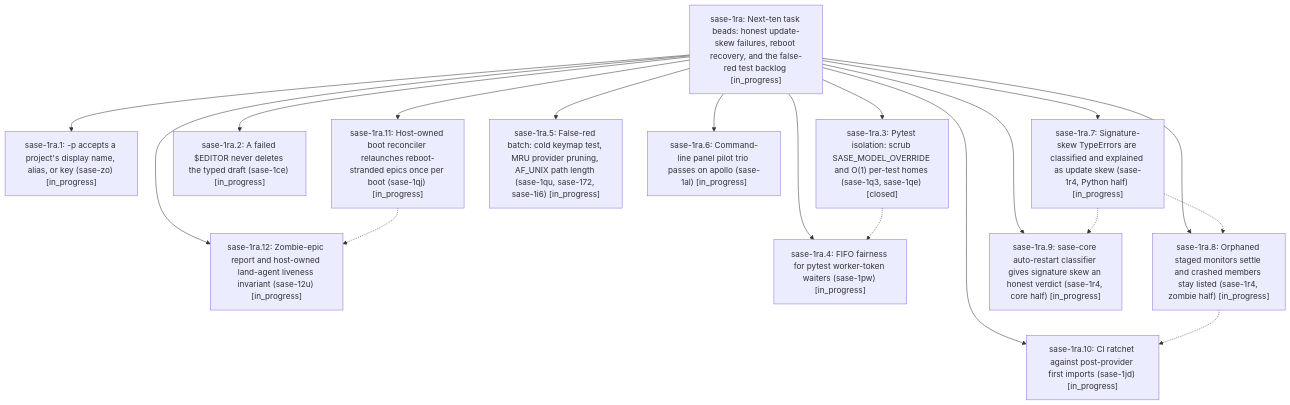
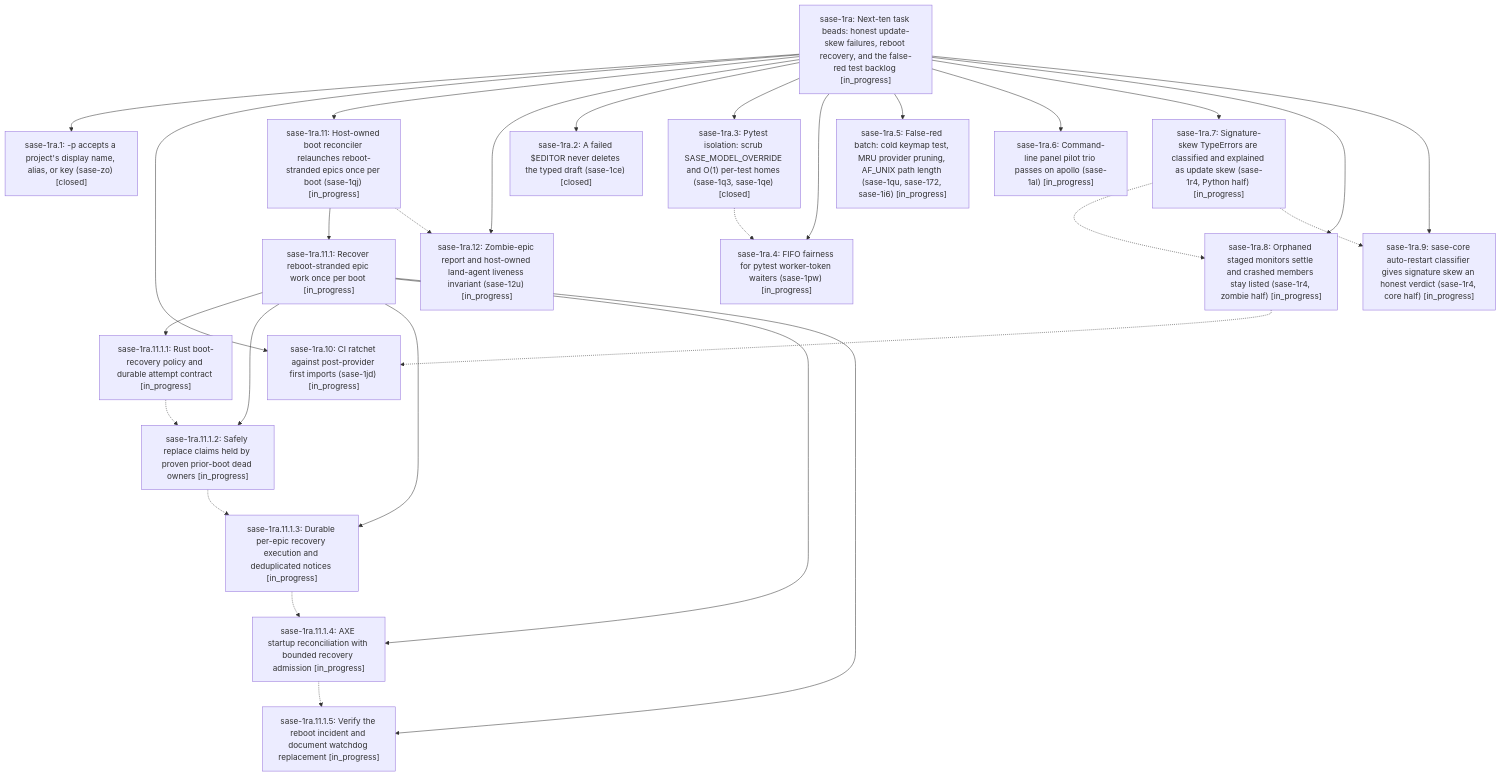
One commit to sase-org/sase--beads changed the diagram in pages/sase-1ra/README.md. Above: the diagram before and after it, drawn with Mermaid. The commit also changed other lines of this file and 12 other files, not shown here.

````diff
--- a/pages/sase-1ra/README.md
+++ b/pages/sase-1ra/README.md
@@ -33,33 +33,49 @@
 ```mermaid
 flowchart TD
     n0["sase-1ra: Next-ten task beads: honest update-skew failures, reboot recovery, and the false-red test backlog [in_progress]"]
-    n1["sase-1ra.1: -p accepts a project's display name, alias, or key (sase-zo) [in_progress]"]
+    n1["sase-1ra.1: -p accepts a project's display name, alias, or key (sase-zo) [closed]"]
     n2["sase-1ra.10: CI ratchet against post-provider first imports (sase-1jd) [in_progress]"]
     n3["sase-1ra.11: Host-owned boot reconciler relaunches reboot-stranded epics once per boot (sase-1qj) [in_progress]"]
-    n4["sase-1ra.12: Zombie-epic report and host-owned land-agent liveness invariant (sase-12u) [in_progress]"]
-    n5["sase-1ra.2: A failed $EDITOR never deletes the typed draft (sase-1ce) [in_progress]"]
-    n6["sase-1ra.3: Pytest isolation: scrub SASE_MODEL_OVERRIDE and O(1) per-test homes (sase-1q3, sase-1qe) [closed]"]
-    n7["sase-1ra.4: FIFO fairness for pytest worker-token waiters (sase-1pw) [in_progress]"]
-    n8["sase-1ra.5: False-red batch: cold keymap test, MRU provider pruning, AF_UNIX path length (sase-1qu, sase-172, sase-1i6) [in_progress]"]
-    n9["sase-1ra.6: Command-line panel pilot trio passes on apollo (sase-1al) [in_progress]"]
-    n10["sase-1ra.7: Signature-skew TypeErrors are classified and explained as update skew (sase-1r4, Python half) [in_progress]"]
-    n11["sase-1ra.8: Orphaned staged monitors settle and crashed members stay listed (sase-1r4, zombie half) [in_progress]"]
-    n12["sase-1ra.9: sase-core auto-restart classifier gives signature skew an honest verdict (sase-1r4, core half) [in_progress]"]
+    n4["sase-1ra.11.1: Recover reboot-stranded epic work once per boot [in_progress]"]
+    n5["sase-1ra.11.1.1: Rust boot-recovery policy and durable attempt contract [in_progress]"]
+    n6["sase-1ra.11.1.2: Safely replace claims held by proven prior-boot dead owners [in_progress]"]
+    n7["sase-1ra.11.1.3: Durable per-epic recovery execution and deduplicated notices [in_progress]"]
+    n8["sase-1ra.11.1.4: AXE startup reconciliation with bounded recovery admission [in_progress]"]
+    n9["sase-1ra.11.1.5: Verify the reboot incident and document watchdog replacement [in_progress]"]
+    n10["sase-1ra.12: Zombie-epic report and host-owned land-agent liveness invariant (sase-12u) [in_progress]"]
+    n11["sase-1ra.2: A failed $EDITOR never deletes the typed draft (sase-1ce) [closed]"]
+    n12["sase-1ra.3: Pytest isolation: scrub SASE_MODEL_OVERRIDE and O(1) per-test homes (sase-1q3, sase-1qe) [closed]"]
+    n13["sase-1ra.4: FIFO fairness for pytest worker-token waiters (sase-1pw) [in_progress]"]
+    n14["sase-1ra.5: False-red batch: cold keymap test, MRU provider pruning, AF_UNIX path length (sase-1qu, sase-172, sase-1i6) [in_progress]"]
+    n15["sase-1ra.6: Command-line panel pilot trio passes on apollo (sase-1al) [in_progress]"]
+    n16["sase-1ra.7: Signature-skew TypeErrors are classified and explained as update skew (sase-1r4, Python half) [in_progress]"]
+    n17["sase-1ra.8: Orphaned staged monitors settle and crashed members stay listed (sase-1r4, zombie half) [in_progress]"]
+    n18["sase-1ra.9: sase-core auto-restart classifier gives signature skew an honest verdict (sase-1r4, core half) [in_progress]"]
     n0 --> n1
     n0 --> n2
     n0 --> n3
-    n0 --> n4
-    n0 --> n5
-    n0 --> n6
-    n0 --> n7
-    n0 --> n8
-    n0 --> n9
+    n3 --> n4
+    n4 --> n5
+    n4 --> n6
+    n4 --> n7
+    n4 --> n8
+    n4 --> n9
     n0 --> n10
     n0 --> n11
     n0 --> n12
-    n3 -.-> n4
+    n0 --> n13
+    n0 --> n14
+    n0 --> n15
+    n0 --> n16
+    n0 --> n17
+    n0 --> n18
+    n3 -.-> n10
+    n5 -.-> n6
     n6 -.-> n7
-    n10 -.-> n11
-    n10 -.-> n12
-    n11 -.-> n2
+    n7 -.-> n8
+    n8 -.-> n9
+    n12 -.-> n13
+    n16 -.-> n17
+    n16 -.-> n18
+    n17 -.-> n2
 ```
````
